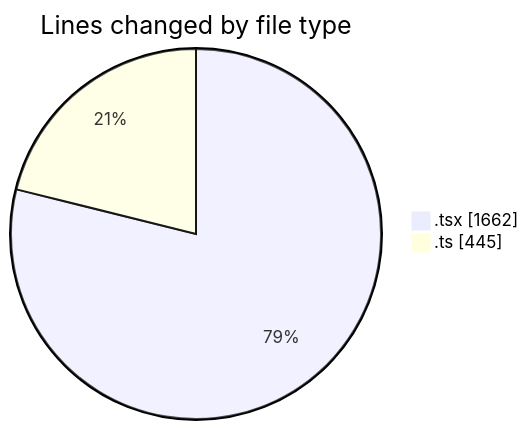
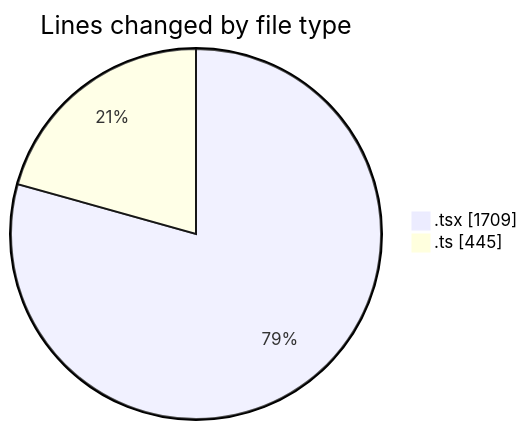
The first of 2 diagrams in 2025-01-30/mbc-web/README.md (robertbonfada/code-tracking), drawn with Mermaid before and after one commit. The commit also changed other lines of this file and 1 other file, not shown here.

````diff
--- a/2025-01-30/mbc-web/README.md
+++ b/2025-01-30/mbc-web/README.md
@@ -30,6 +30,6 @@
 ```mermaid
 pie showData
 title Lines changed by file type
-".tsx" : 1662
+".tsx" : 1709
 ".ts" : 445
 ```
````
